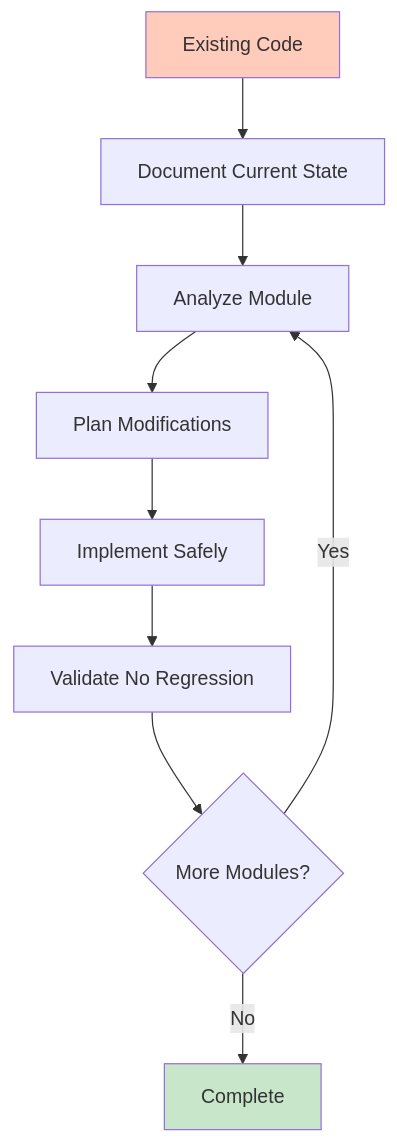
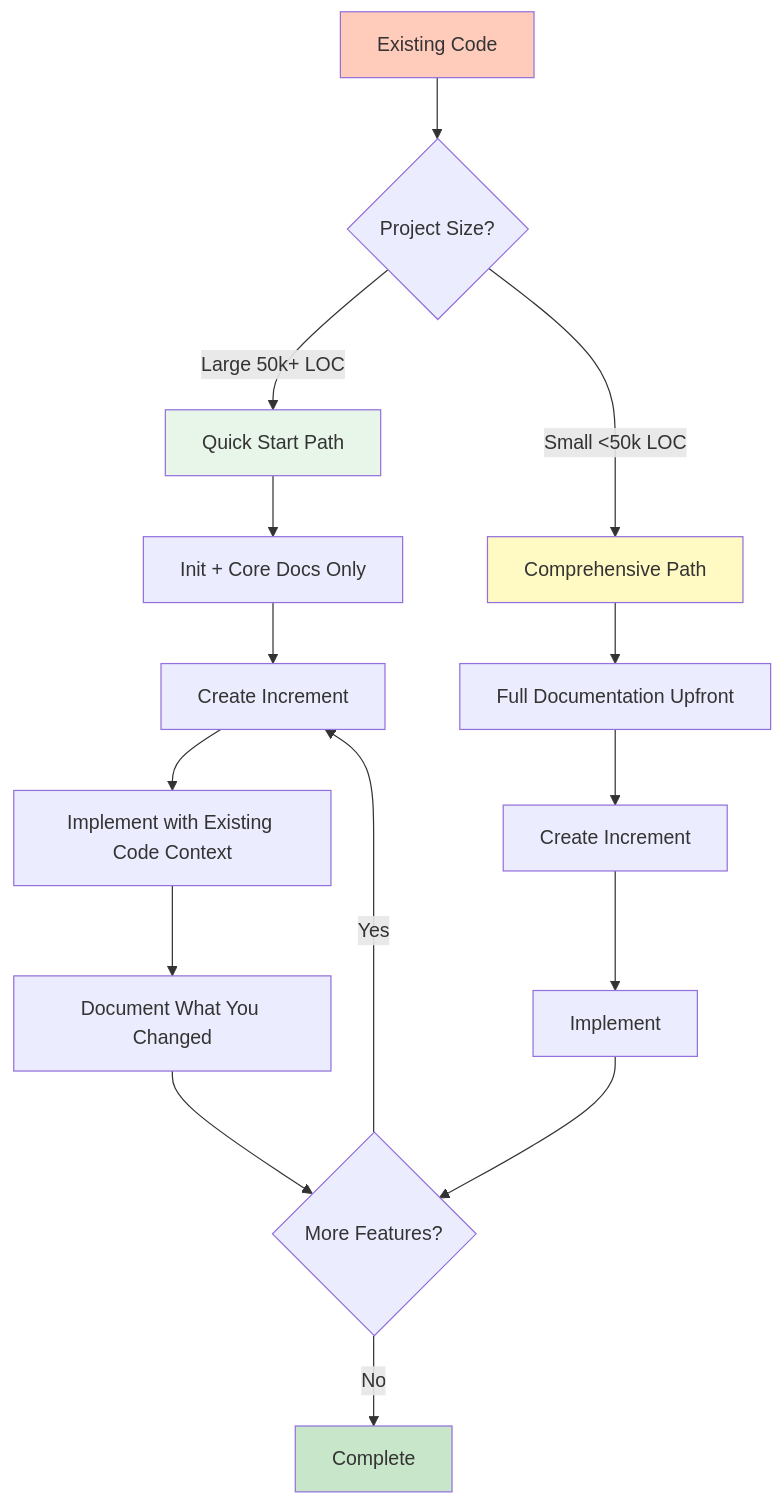
Before and after one commit to anton-abyzov/specweave: the ninth of 11 diagrams in docs-site/docs/workflows/overview.md, drawn with Mermaid. The commit also changed other lines of this file and 28 other files, not shown here.

````diff
--- a/docs-site/docs/workflows/overview.md
+++ b/docs-site/docs/workflows/overview.md
@@ -258,14 +258,24 @@
 ```mermaid
 graph TB
-    A[Existing Code] --> B[Document Current State]
-    B --> C[Analyze Module]
-    C --> D[Plan Modifications]
-    D --> E[Implement Safely]
-    E --> F[Validate No Regression]
-    F --> G{More Modules?}
-    G -->|Yes| C
-    G -->|No| H[Complete]
+    A[Existing Code] --> B{Project Size?}
+    B -->|Large 50k+ LOC| C[Quick Start Path]
+    B -->|Small <50k LOC| D[Comprehensive Path]
+
+    C --> E[Init + Core Docs Only]
+    E --> F[Create Increment]
+    F --> G[Implement with Existing Code Context]
+    G --> H[Document What You Changed]
+    H --> I{More Features?}
+    I -->|Yes| F
+    I -->|No| J[Complete]
+
+    D --> K[Full Documentation Upfront]
+    K --> L[Create Increment]
+    L --> M[Implement]
+    M --> I
 
     style A fill:#ffccbc
-    style H fill:#c8e6c9
+    style C fill:#e8f5e9
+    style D fill:#fff9c4
+    style J fill:#c8e6c9
 ```
````
